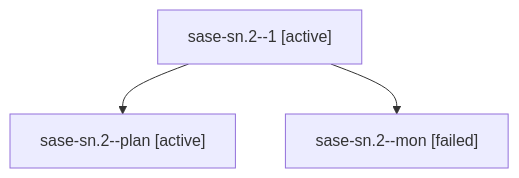
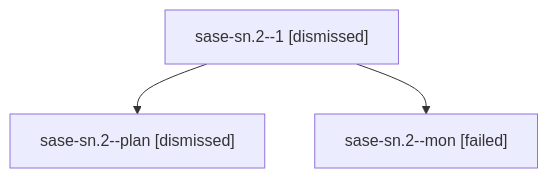
Before and after one commit to sase-org/sase--agents: the diagram in sessions/bbugyi200.athena.sase-sn.2.md, drawn with Mermaid. The commit also changed other lines of this file and 69 other files, not shown here.

````diff
--- a/sessions/bbugyi200.athena.sase-sn.2.md
+++ b/sessions/bbugyi200.athena.sase-sn.2.md
@@ -9,8 +9,8 @@
 ```mermaid
 flowchart TD
-  n0["sase-sn.2--1 [active]"]
-  n1["sase-sn.2--plan [active]"]
+  n0["sase-sn.2--1 [dismissed]"]
+  n1["sase-sn.2--plan [dismissed]"]
   n0 --> n1
   n2["sase-sn.2--mon [failed]"]
   n0 --> n2
 ```
````
